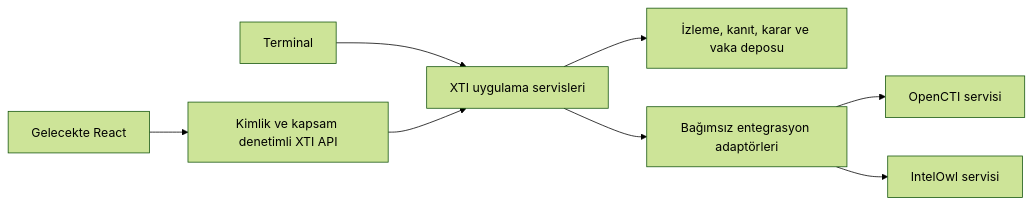
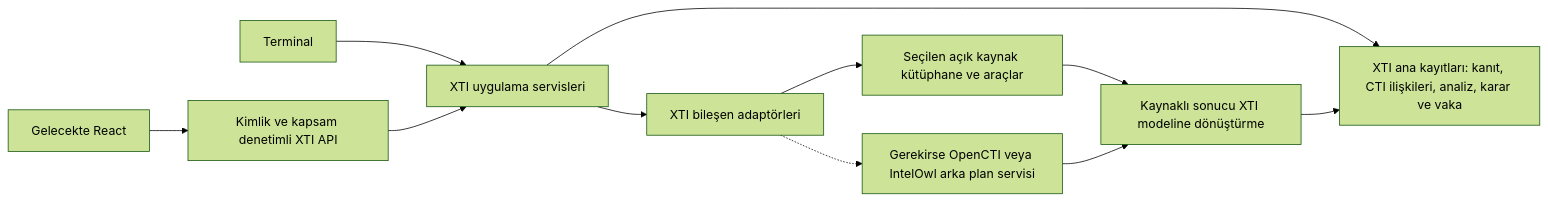
The diagram in docs/roadmap/ENTERPRISE_INTEGRATION_PLAN.md (mstdeveloper33/securehup_xti), drawn with Mermaid (forest theme) before and after one commit. The commit also changed other lines of this file and 7 other files, not shown here.

````diff
--- a/docs/roadmap/ENTERPRISE_INTEGRATION_PLAN.md
+++ b/docs/roadmap/ENTERPRISE_INTEGRATION_PLAN.md
@@ -61,10 +75,13 @@
 ```mermaid
 flowchart LR
     CLI[Terminal] --> XTI[XTI uygulama servisleri]
     UI[Gelecekte React] --> API[Kimlik ve kapsam denetimli XTI API]
     API --> XTI
-    XTI --> LOCAL[İzleme, kanıt, karar ve vaka deposu]
-    XTI --> BRIDGE[Bağımsız entegrasyon adaptörleri]
-    BRIDGE --> CTI[OpenCTI servisi]
-    BRIDGE --> OWL[IntelOwl servisi]
+    XTI --> LOCAL[XTI ana kayıtları: kanıt, CTI ilişkileri, analiz, karar ve vaka]
+    XTI --> BRIDGE[XTI bileşen adaptörleri]
+    BRIDGE --> TOOLS[Seçilen açık kaynak kütüphane ve araçlar]
+    BRIDGE -.-> OPTIONAL[Gerekirse OpenCTI veya IntelOwl arka plan servisi]
+    TOOLS --> RESULT[Kaynaklı sonucu XTI modeline dönüştürme]
+    OPTIONAL --> RESULT
+    RESULT --> LOCAL
 ```
````
